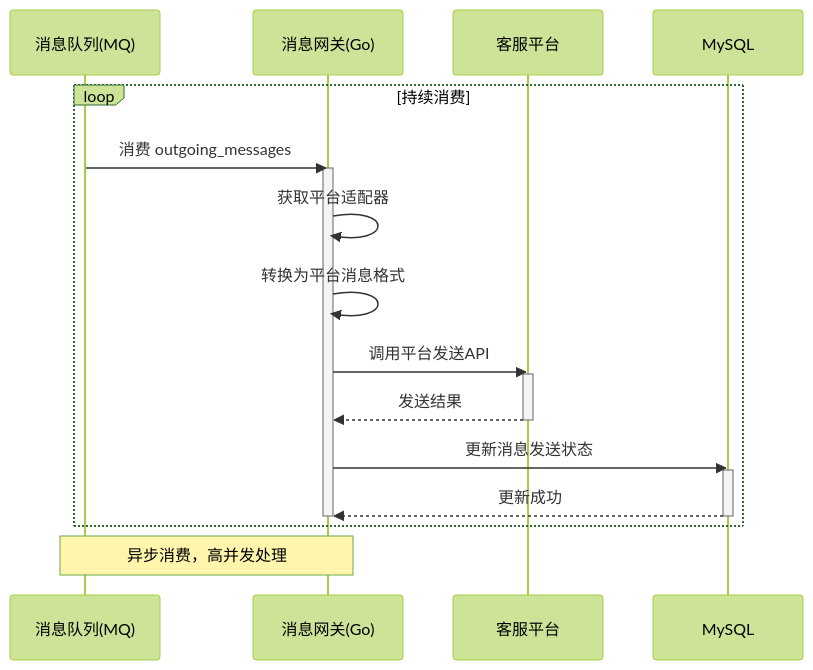
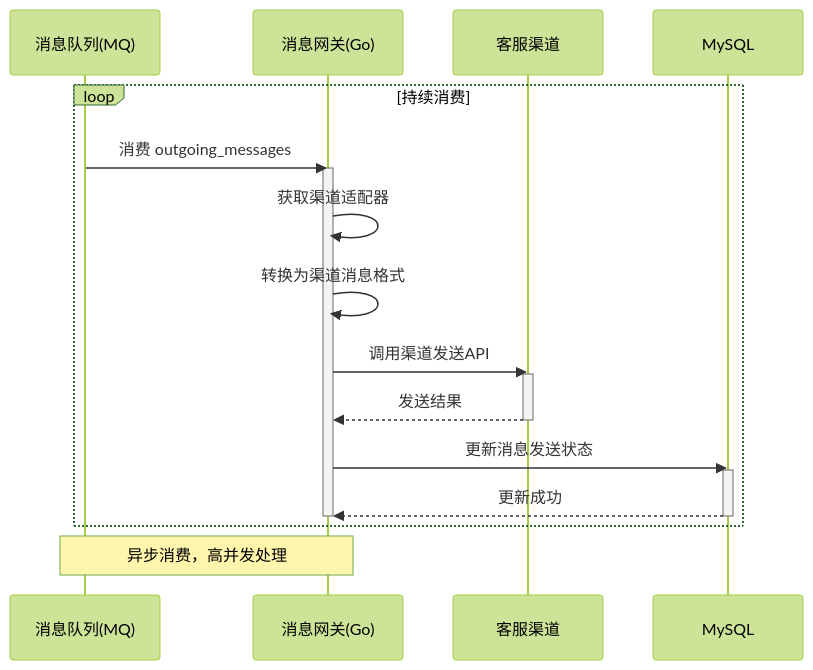
One commit to liushoukun/huizhida-chatbot changed the fourth of 17 diagrams in docs/requirements.md. Above: the diagram before and after it, drawn with Mermaid (forest theme). The commit also changed other lines of this file and 1 other file, not shown here.

````diff
--- a/docs/requirements.md
+++ b/docs/requirements.md
@@ -493,25 +493,25 @@
 ```mermaid
 sequenceDiagram
     participant Q as 消息队列(MQ)
     participant G as 消息网关(Go)
-    participant P as 客服平台
+    participant P as 客服渠道
     participant S as MySQL
 
     loop 持续消费
         Q->>G: 消费 outgoing_messages
         activate G
-        G->>G: 获取平台适配器
-        G->>G: 转换为平台消息格式
-        G->>P: 调用平台发送API
+        G->>G: 获取渠道适配器
+        G->>G: 转换为渠道消息格式
+        G->>P: 调用渠道发送API
         activate P
         P-->>G: 发送结果
         deactivate P
         G->>S: 更新消息发送状态
         activate S
         S-->>G: 更新成功
         deactivate S
         deactivate G
     end
 
     Note over Q,G: 异步消费，高并发处理
 ```
````
